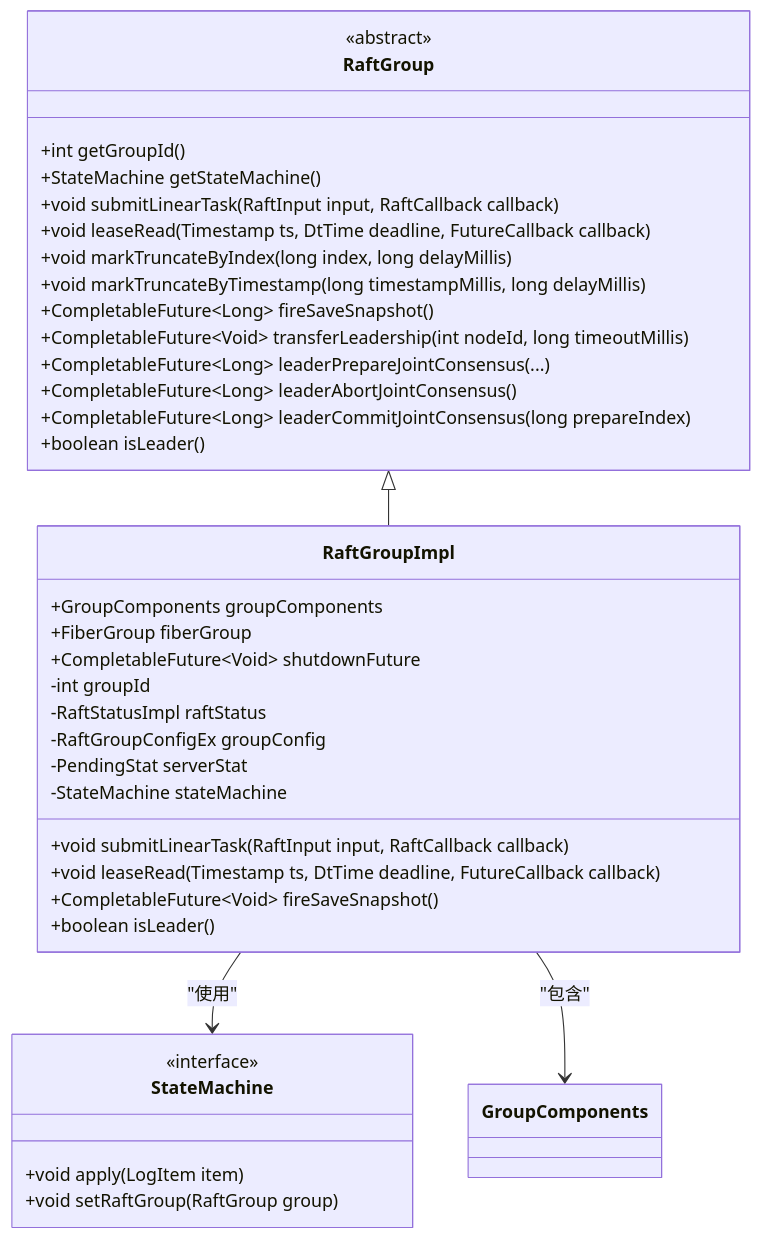
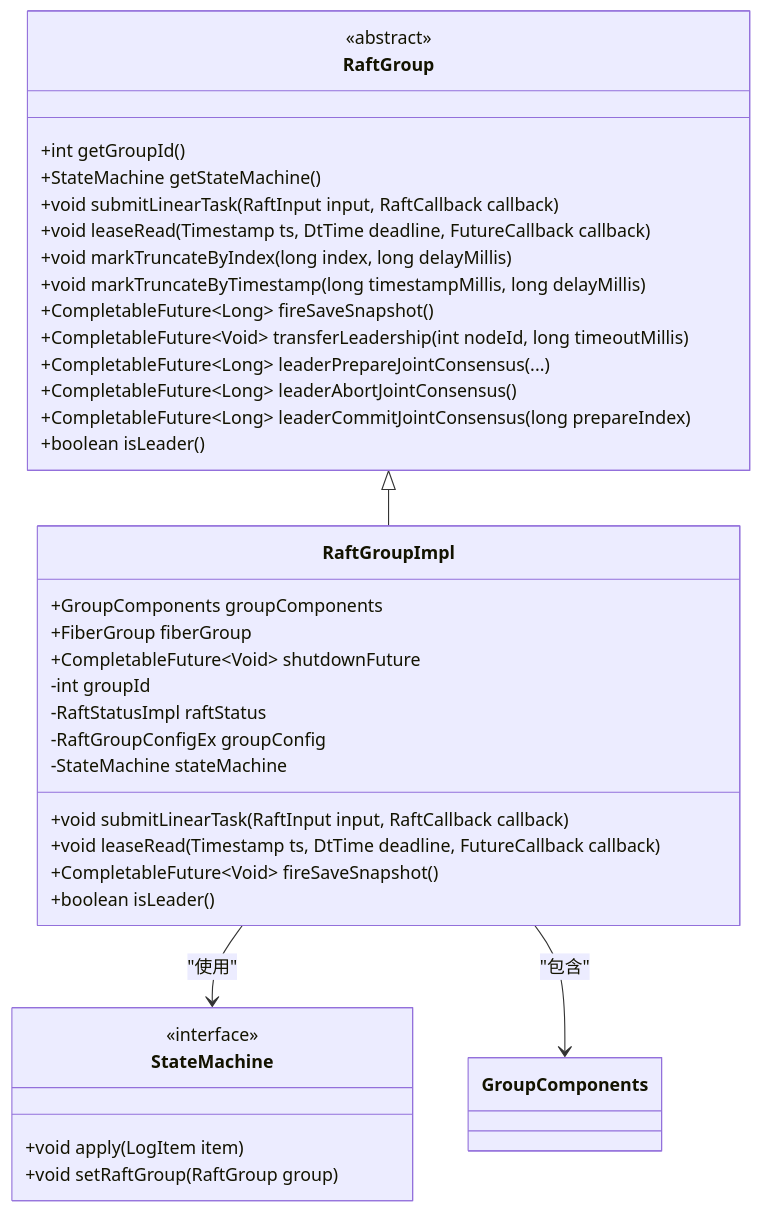
Before and after one commit to dtprj/dongting: the second of 11 diagrams in .qoder/repowiki/zh/content/核心概念/RAFT一致性算法.md, drawn with Mermaid. The commit also changed other lines of this file and 3 other files, not shown here.

````diff
--- a/.qoder/repowiki/zh/content/核心概念/RAFT一致性算法.md
+++ b/.qoder/repowiki/zh/content/核心概念/RAFT一致性算法.md
@@ -94,40 +106,39 @@
 ```mermaid
 classDiagram
 class RaftGroup {
 <<abstract>>
 +int getGroupId()
 +StateMachine getStateMachine()
 +void submitLinearTask(RaftInput input, RaftCallback callback)
 +void leaseRead(Timestamp ts, DtTime deadline, FutureCallback callback)
 +void markTruncateByIndex(long index, long delayMillis)
 +void markTruncateByTimestamp(long timestampMillis, long delayMillis)
 +CompletableFuture~Long~ fireSaveSnapshot()
 +CompletableFuture~Void~ transferLeadership(int nodeId, long timeoutMillis)
 +CompletableFuture~Long~ leaderPrepareJointConsensus(...)
 +CompletableFuture~Long~ leaderAbortJointConsensus()
 +CompletableFuture~Long~ leaderCommitJointConsensus(long prepareIndex)
 +boolean isLeader()
 }
 class RaftGroupImpl {
 +GroupComponents groupComponents
 +FiberGroup fiberGroup
 +CompletableFuture~Void~ shutdownFuture
 -int groupId
 -RaftStatusImpl raftStatus
 -RaftGroupConfigEx groupConfig
--PendingStat serverStat
 -StateMachine stateMachine
 +void submitLinearTask(RaftInput input, RaftCallback callback)
 +void leaseRead(Timestamp ts, DtTime deadline, FutureCallback callback)
 +CompletableFuture~Void~ fireSaveSnapshot()
 +boolean isLeader()
 }
 class StateMachine {
 <<interface>>
 +void apply(LogItem item)
 +void setRaftGroup(RaftGroup group)
 }
 RaftGroup <|-- RaftGroupImpl
 RaftGroupImpl --> StateMachine : "使用"
 RaftGroupImpl --> GroupComponents : "包含"
 ```
````
